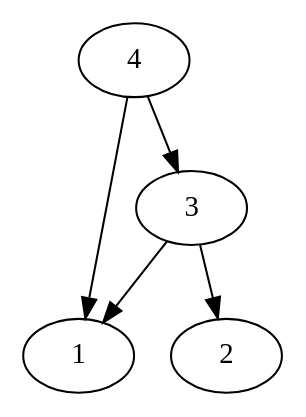
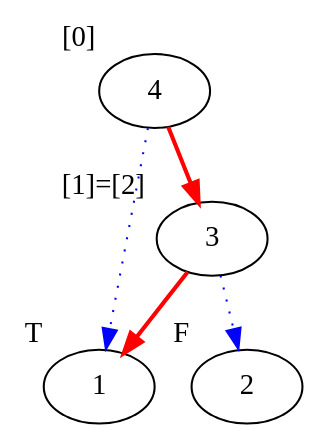
The diagram in boxedBDD1.dot (mburyakov/minxmod), drawn with Graphviz before and after one commit. The commit also changed 3 other files, not shown here.

```diff
--- a/boxedBDD1.dot
+++ b/boxedBDD1.dot
@@ -1,10 +1,12 @@
 digraph {
-    1;
-    2;
-    3;
-    4;
-    3 -> 1;
-    3 -> 2;
-    4 -> 3;
-    4 -> 1;
+    1 [xlabel=T];
+    2 [xlabel=F];
+    3 [xlabel="[1]=[2]"];
+    4 [xlabel="[0]"];
+    3 -> 1 [style=bold,color=red];
+    3 -> 2 [style=dotted
+           ,color=blue];
+    4 -> 3 [style=bold,color=red];
+    4 -> 1 [style=dotted
+           ,color=blue];
 }
```
